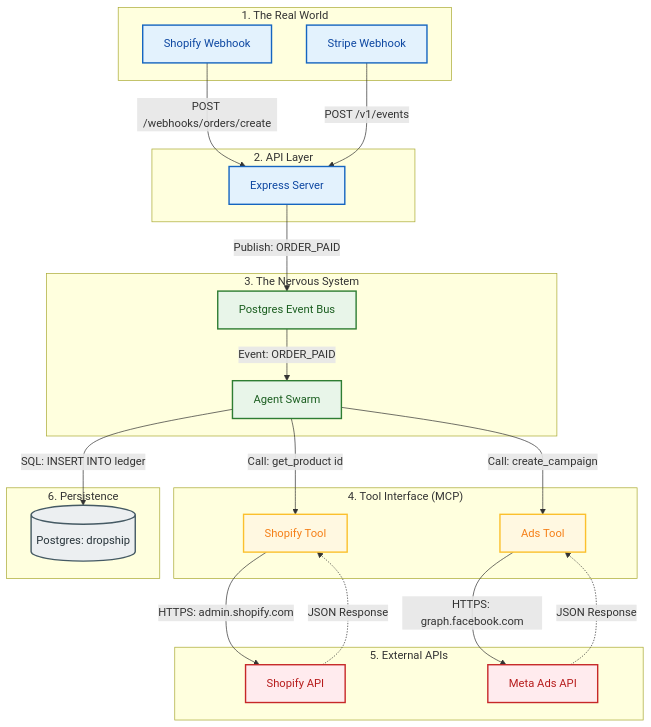
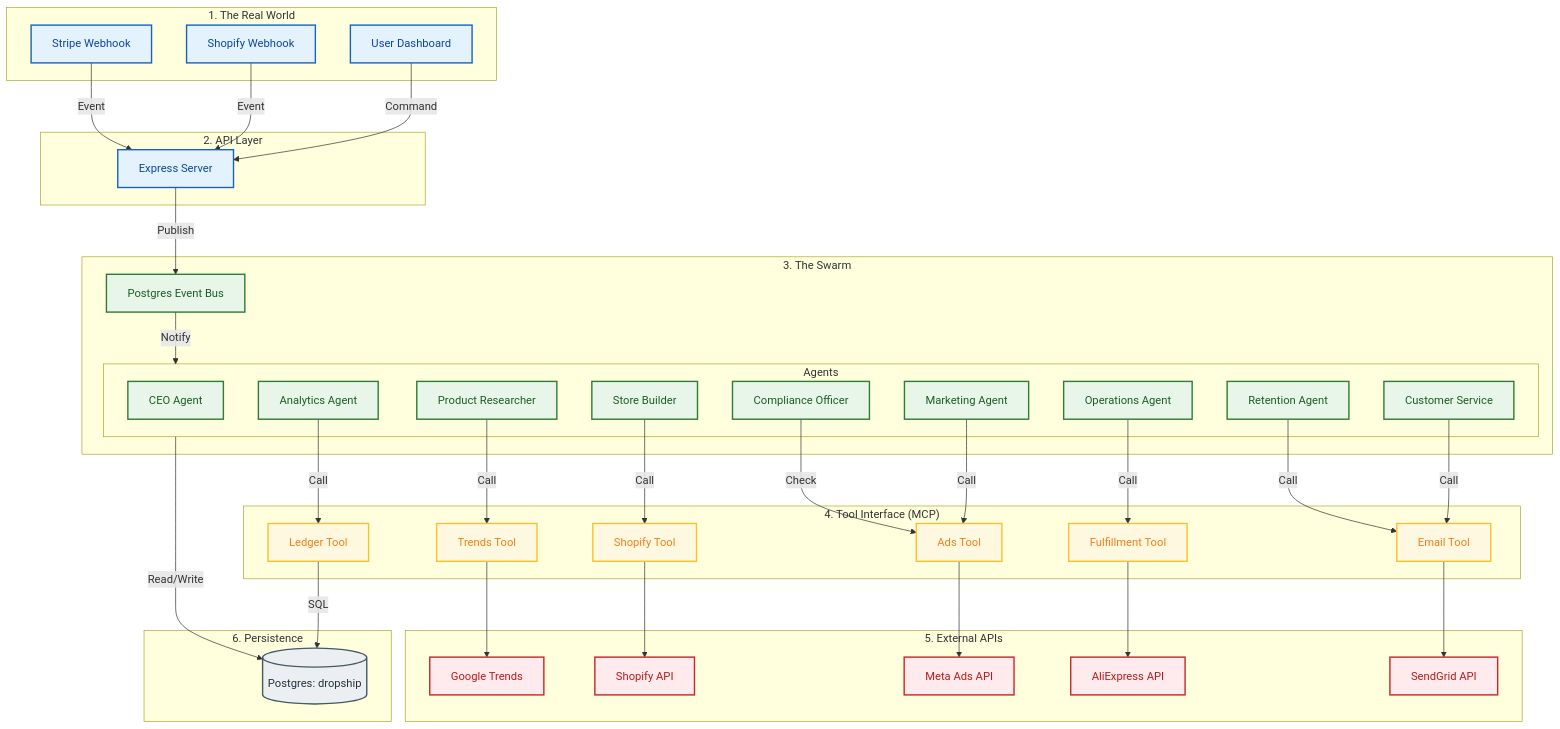
One commit to andylelli/ds1 changed the second of 2 diagrams in Documentation/Reference/ENVIRONMENT_SIMULATION_V_LIVE.md. Above: the diagram before and after it, drawn with Mermaid. The commit also changed other lines of this file and 1 other file, not shown here.

````diff
--- a/Documentation/Reference/ENVIRONMENT_SIMULATION_V_LIVE.md
+++ b/Documentation/Reference/ENVIRONMENT_SIMULATION_V_LIVE.md
@@ -85,7 +114,8 @@
   classDef db fill:#eceff1,stroke:#455a64,stroke-width:2px,color:#263238;
 
   subgraph Triggers ["1. The Real World"]
-    ShopifyHook[Shopify Webhook]:::trigger
+    User[User Dashboard]:::trigger
+    ShopHook[Shopify Webhook]:::trigger
     StripeHook[Stripe Webhook]:::trigger
   end
 
@@ -93,40 +123,68 @@
     Express[Express Server]:::trigger
   end
 
-  subgraph Core ["3. The Nervous System"]
+  subgraph Core ["3. The Swarm"]
     Bus[Postgres Event Bus]:::core
-    Agents[Agent Swarm]:::core
+    
+    subgraph Agents
+      CEO[CEO Agent]:::core
+      Analytics[Analytics Agent]:::core
+      Researcher[Product Researcher]:::core
+      Builder[Store Builder]:::core
+      Marketer[Marketing Agent]:::core
+      Ops[Operations Agent]:::core
+      CS[Customer Service]:::core
+      Retention[Retention Agent]:::core
+      Compliance[Compliance Officer]:::core
+    end
   end
 
   subgraph MCP ["4. Tool Interface (MCP)"]
+    TrendsTool[Trends Tool]:::mcp
     ShopTool[Shopify Tool]:::mcp
     AdsTool[Ads Tool]:::mcp
+    FulfillTool[Fulfillment Tool]:::mcp
+    EmailTool[Email Tool]:::mcp
+    LedgerTool[Ledger Tool]:::mcp
   end
 
   subgraph External ["5. External APIs"]
-    RealShop[Shopify API]:::external
-    RealMeta[Meta Ads API]:::external
+    Google[Google Trends]:::external
+    Shopify[Shopify API]:::external
+    Meta[Meta Ads API]:::external
+    AliExpress[AliExpress API]:::external
+    SendGrid[SendGrid API]:::external
   end
 
   subgraph Data ["6. Persistence"]
     DB[(Postgres: dropship)]:::db
   end
 
-  %% Flows
-  ShopifyHook -->|POST /webhooks/orders/create| Express
-  StripeHook -->|POST /v1/events| Express
+  %% Wiring
+  User -->|Command| Express
+  ShopHook -->|Event| Express
+  StripeHook -->|Event| Express
+  Express -->|Publish| Bus
+  Bus -->|Notify| Agents
+
+  %% Agent -> Tool Connections
+  Researcher -->|Call| TrendsTool
+  Builder -->|Call| ShopTool
+  Marketer -->|Call| AdsTool
+  Ops -->|Call| FulfillTool
+  CS -->|Call| EmailTool
+  Retention -->|Call| EmailTool
+  Analytics -->|Call| LedgerTool
+  Compliance -->|Check| AdsTool
+
+  %% Tool -> External Connections
+  TrendsTool --> Google
+  ShopTool --> Shopify
+  AdsTool --> Meta
+  FulfillTool --> AliExpress
+  EmailTool --> SendGrid
   
-  Express -->|Publish: ORDER_PAID| Bus
-  Bus -->|Event: ORDER_PAID| Agents
-  
-  Agents -->|Call: get_product id| ShopTool
-  Agents -->|Call: create_campaign| AdsTool
-  
-  ShopTool -->|HTTPS: admin.shopify.com| RealShop
-  AdsTool -->|HTTPS: graph.facebook.com| RealMeta
-  
-  RealShop -.->|JSON Response| ShopTool
-  RealMeta -.->|JSON Response| AdsTool
-  
-  Agents -->|SQL: INSERT INTO ledger| DB
+  %% Data
+  Agents -->|Read/Write| DB
+  LedgerTool -->|SQL| DB
 ```
````
